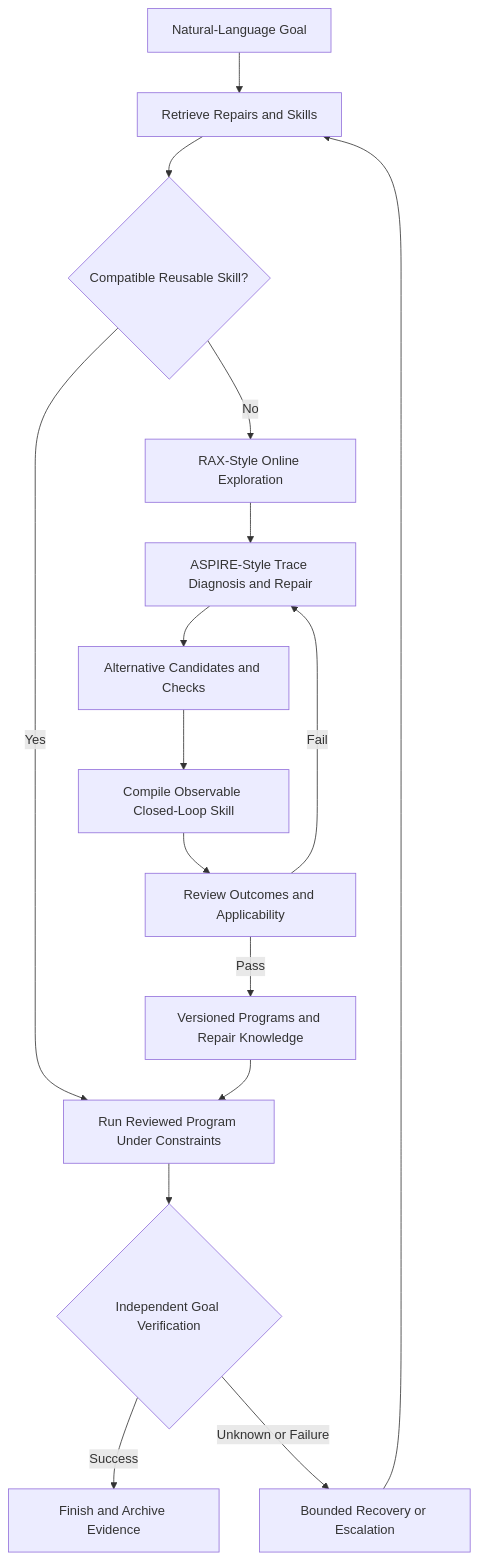
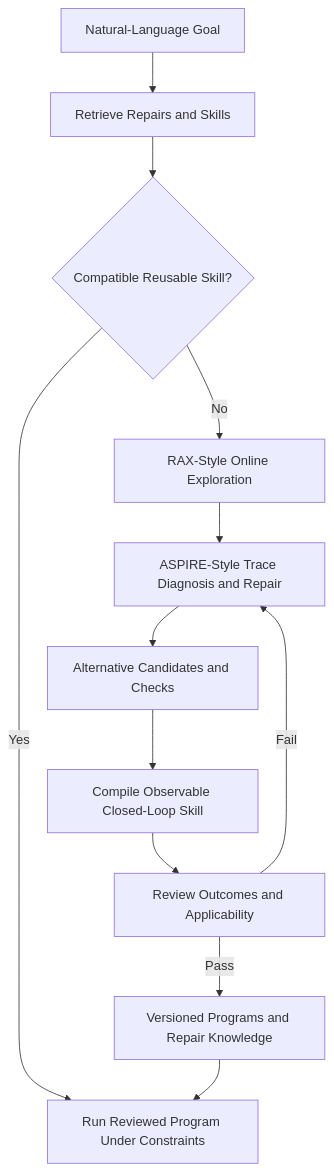
Before and after one commit to zengxiong111/Foundation_of_Embodied_AI: the third of 4 diagrams in md/Robot_Agent_Workflow_EN.md, drawn with Mermaid. The commit also changed other lines of this file and 11 other files, not shown here.

First line of the commit message:
Improve bilingual PDF diagram readability without changing equations

````diff
--- a/md/Robot_Agent_Workflow_EN.md
+++ b/md/Robot_Agent_Workflow_EN.md
@@ -311,18 +313,14 @@
 ```mermaid
 flowchart TD
  G[Natural-Language Goal] --> M[Retrieve Repairs and Skills]
  M --> Q{Compatible Reusable Skill?}
  Q -- Yes --> R[Run Reviewed Program Under Constraints]
  Q -- No --> X[RAX-Style Online Exploration]
  X --> A[ASPIRE-Style Trace Diagnosis and Repair]
  A --> E[Alternative Candidates and Checks]
  E --> C[Compile Observable Closed-Loop Skill]
  C --> V[Review Outcomes and Applicability]
  V -- Pass --> L[Versioned Programs and Repair Knowledge]
  V -- Fail --> A
  L --> R
- R --> S{Independent Goal Verification}
- S -- Success --> D[Finish and Archive Evidence]
- S -- Unknown or Failure --> F[Bounded Recovery or Escalation]
- F --> M
 ```
````
